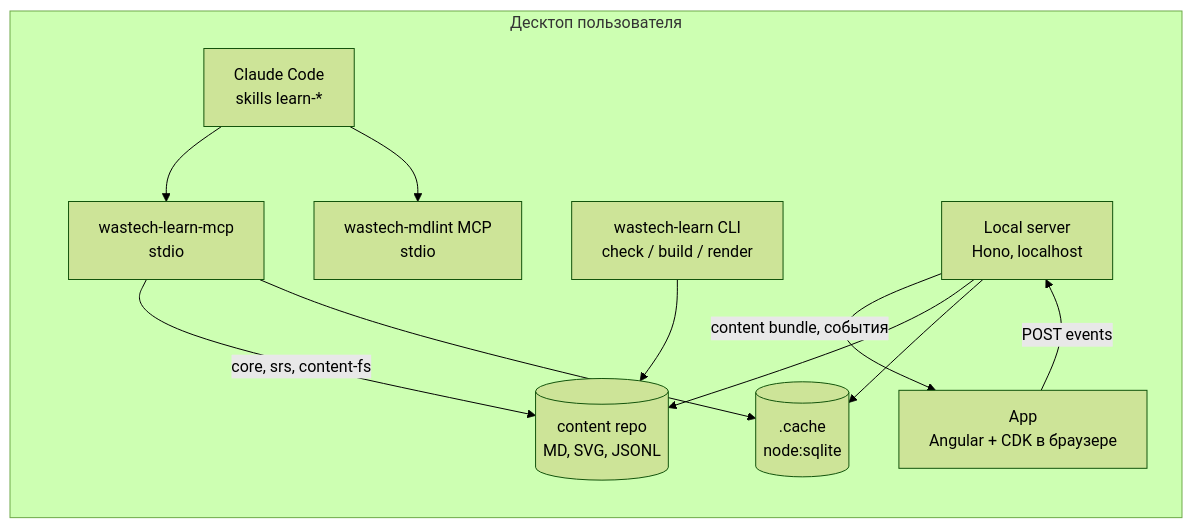
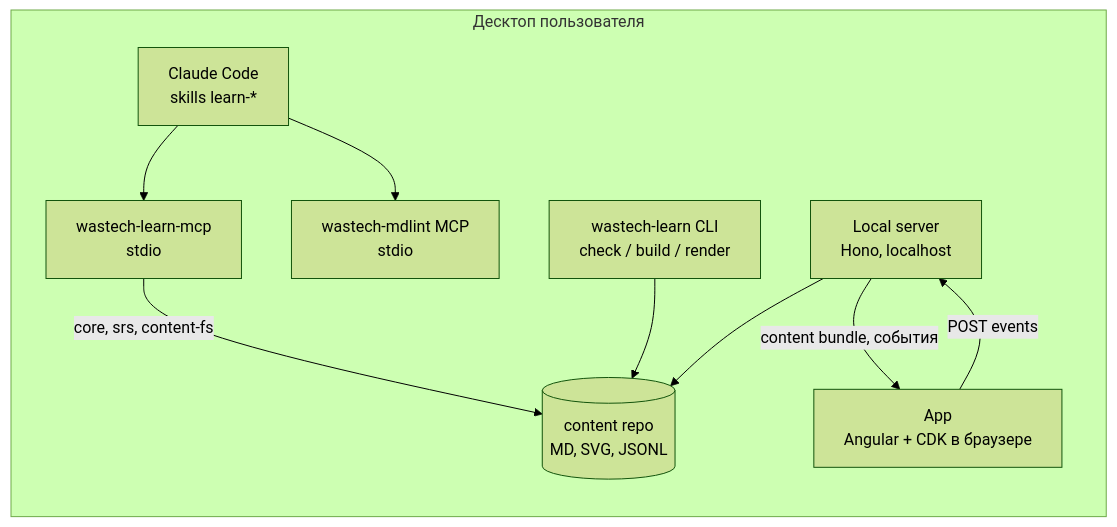
One commit to VladimirMakarevich/wastech-learn changed the second of 2 diagrams in docs/architecture/overview.md. Above: the diagram before and after it, drawn with Mermaid (forest theme). The commit also changed other lines of this file and 23 other files, not shown here.

````diff
--- a/docs/architecture/overview.md
+++ b/docs/architecture/overview.md
@@ -30,22 +30,19 @@
 ```mermaid
 flowchart LR
   subgraph desktop["Десктоп пользователя"]
     cc["Claude Code<br/>skills learn-*"]
     mcp["wastech-learn-mcp<br/>stdio"]
     mdmcp["wastech-mdlint MCP<br/>stdio"]
     cli["wastech-learn CLI<br/>check / build / render"]
     server["Local server<br/>Hono, localhost"]
     app["App<br/>Angular + CDK в браузере"]
-    cache[(".cache<br/>node:sqlite")]
     repo[("content repo<br/>MD, SVG, JSONL")]
   end
   cc --> mcp
   cc --> mdmcp
   mcp -->|core, srs, content-fs| repo
   cli --> repo
   server -->|content bundle, события| app
   app -->|POST events| server
   server --> repo
-  server --> cache
-  mcp --> cache
 ```
````
